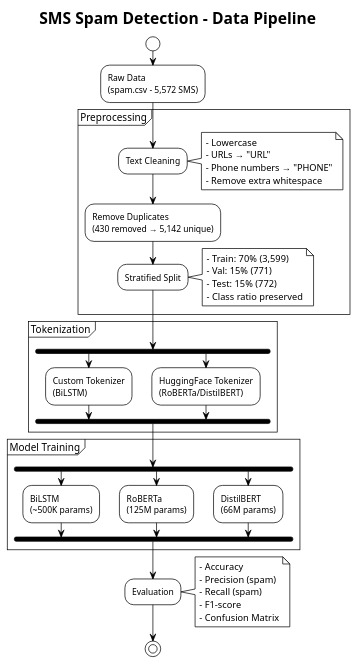
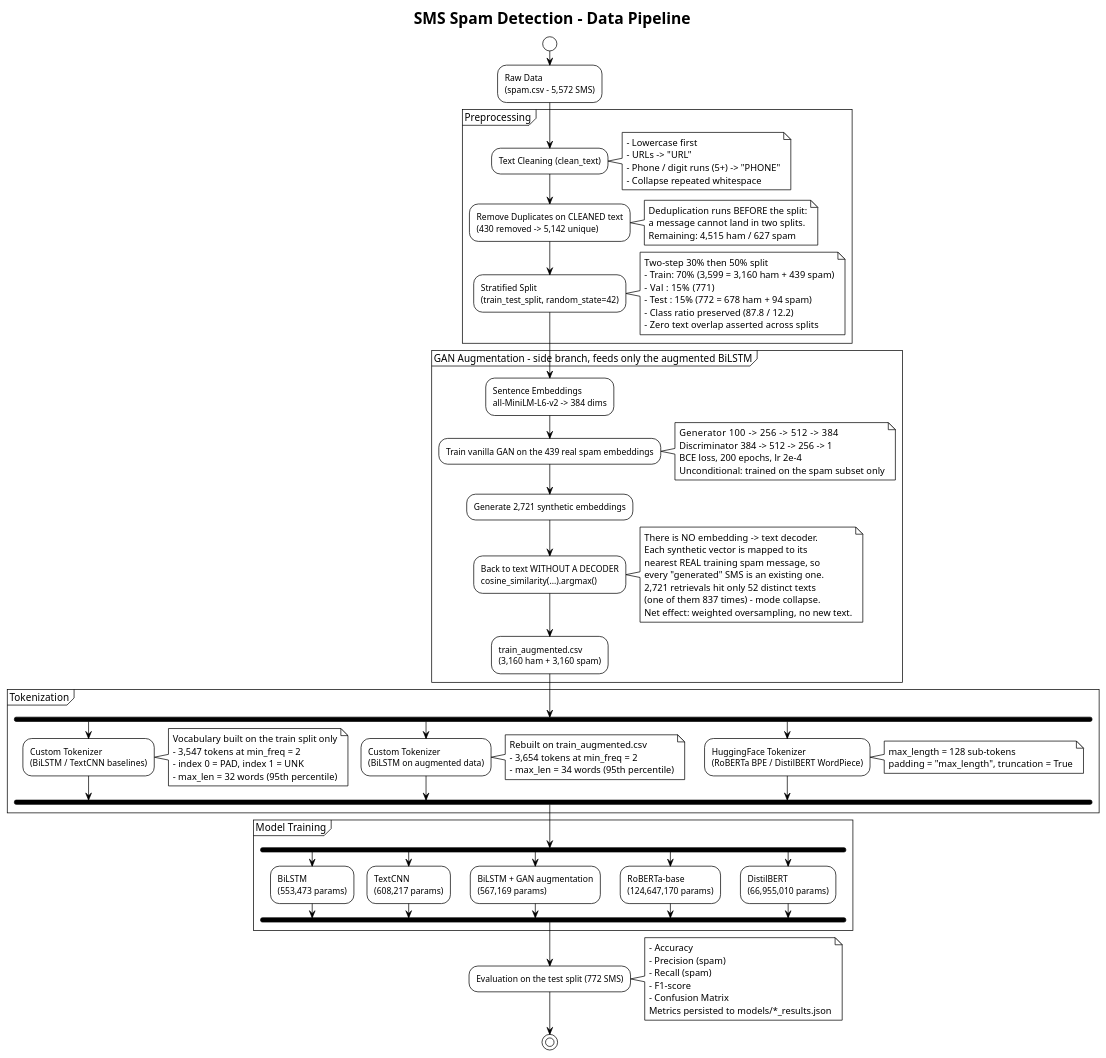
Before and after one commit to tryph0n/spam_detector: the diagram in docs/data_pipeline.puml, drawn with PlantUML. The commit also changed 13 other files, not shown here.

```diff
--- a/docs/data_pipeline.puml
+++ b/docs/data_pipeline.puml
@@ -1,56 +1,111 @@
 @startuml data_pipeline
 !theme plain
 title SMS Spam Detection - Data Pipeline
 
 start
 :Raw Data\n(spam.csv - 5,572 SMS);
 
 partition "Preprocessing" {
-    :Text Cleaning;
+    :Text Cleaning (clean_text);
     note right
-        - Lowercase
-        - URLs → "URL"
-        - Phone numbers → "PHONE"
-        - Remove extra whitespace
+        - Lowercase first
+        - URLs -> "URL"
+        - Phone / digit runs (5+) -> "PHONE"
+        - Collapse repeated whitespace
     end note
 
-    :Remove Duplicates\n(430 removed → 5,142 unique);
+    :Remove Duplicates on CLEANED text\n(430 removed -> 5,142 unique);
+    note right
+        Deduplication runs BEFORE the split:
+        a message cannot land in two splits.
+        Remaining: 4,515 ham / 627 spam
+    end note
 
-    :Stratified Split;
+    :Stratified Split\n(train_test_split, random_state=42);
     note right
-        - Train: 70% (3,599)
-        - Val: 15% (771)
-        - Test: 15% (772)
-        - Class ratio preserved
+        Two-step 30% then 50% split
+        - Train: 70% (3,599 = 3,160 ham + 439 spam)
+        - Val  : 15% (771)
+        - Test : 15% (772 = 678 ham + 94 spam)
+        - Class ratio preserved (87.8 / 12.2)
+        - Zero text overlap asserted across splits
     end note
+}
+
+partition "GAN Augmentation - side branch, feeds only the augmented BiLSTM" {
+    :Sentence Embeddings\nall-MiniLM-L6-v2 -> 384 dims;
+    :Train vanilla GAN on the 439 real spam embeddings;
+    note right
+        Generator     100 -> 256 -> 512 -> 384
+        Discriminator 384 -> 512 -> 256 -> 1
+        BCE loss, 200 epochs, lr 2e-4
+        Unconditional: trained on the spam subset only
+    end note
+
+    :Generate 2,721 synthetic embeddings;
+
+    :Back to text WITHOUT A DECODER\ncosine_similarity(...).argmax();
+    note right
+        There is NO embedding -> text decoder.
+        Each synthetic vector is mapped to its
+        nearest REAL training spam message, so
+        every "generated" SMS is an existing one.
+        2,721 retrievals hit only 52 distinct texts
+        (one of them 837 times) - mode collapse.
+        Net effect: weighted oversampling, no new text.
+    end note
+
+    :train_augmented.csv\n(3,160 ham + 3,160 spam);
 }
 
 partition "Tokenization" {
     fork
-        :Custom Tokenizer\n(BiLSTM);
+        :Custom Tokenizer\n(BiLSTM / TextCNN baselines);
+        note right
+            Vocabulary built on the train split only
+            - 3,547 tokens at min_freq = 2
+            - index 0 = PAD, index 1 = UNK
+            - max_len = 32 words (95th percentile)
+        end note
     fork again
-        :HuggingFace Tokenizer\n(RoBERTa/DistilBERT);
+        :Custom Tokenizer\n(BiLSTM on augmented data);
+        note right
+            Rebuilt on train_augmented.csv
+            - 3,654 tokens at min_freq = 2
+            - max_len = 34 words (95th percentile)
+        end note
+    fork again
+        :HuggingFace Tokenizer\n(RoBERTa BPE / DistilBERT WordPiece);
+        note right
+            max_length = 128 sub-tokens
+            padding = "max_length", truncation = True
+        end note
     end fork
 }
 
 partition "Model Training" {
     fork
-        :BiLSTM\n(~500K params);
+        :BiLSTM\n(553,473 params);
     fork again
-        :RoBERTa\n(125M params);
+        :TextCNN\n(608,217 params);
     fork again
-        :DistilBERT\n(66M params);
+        :BiLSTM + GAN augmentation\n(567,169 params);
+    fork again
+        :RoBERTa-base\n(124,647,170 params);
+    fork again
+        :DistilBERT\n(66,955,010 params);
     end fork
 }
 
-:Evaluation;
+:Evaluation on the test split (772 SMS);
 note right
     - Accuracy
     - Precision (spam)
     - Recall (spam)
     - F1-score
     - Confusion Matrix
+    Metrics persisted to models/*_results.json
 end note
 
 stop
 @enduml
```
